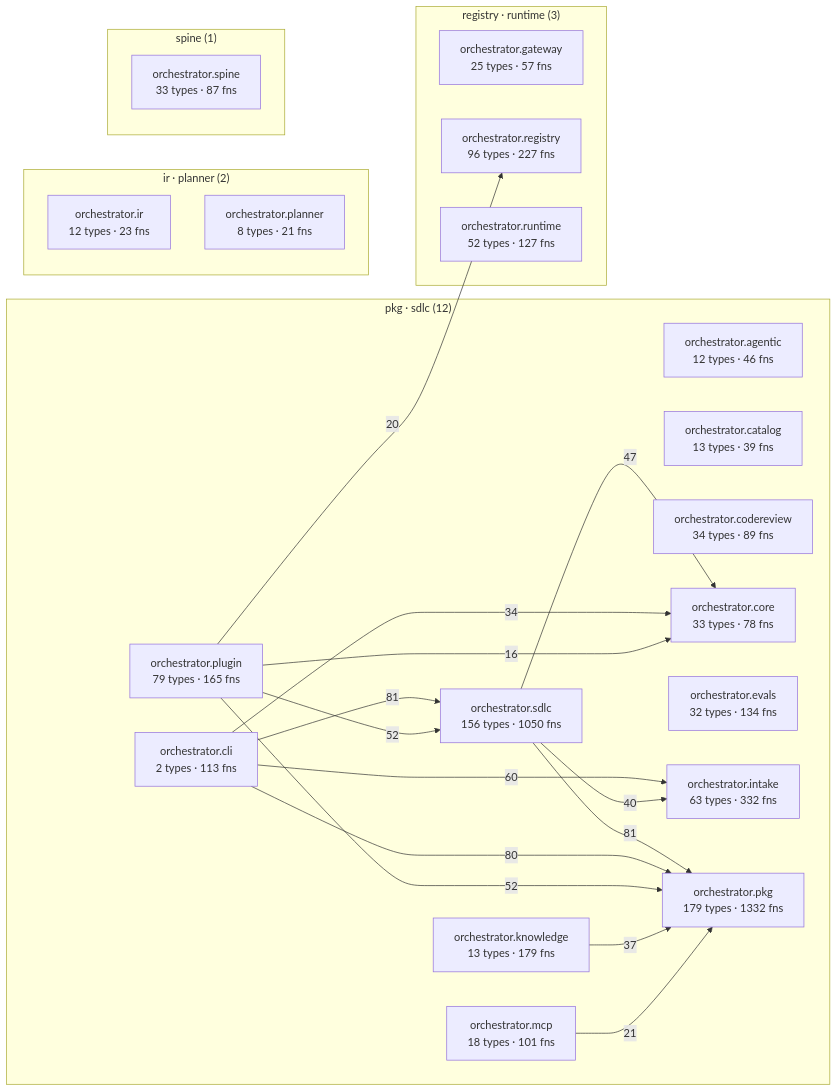
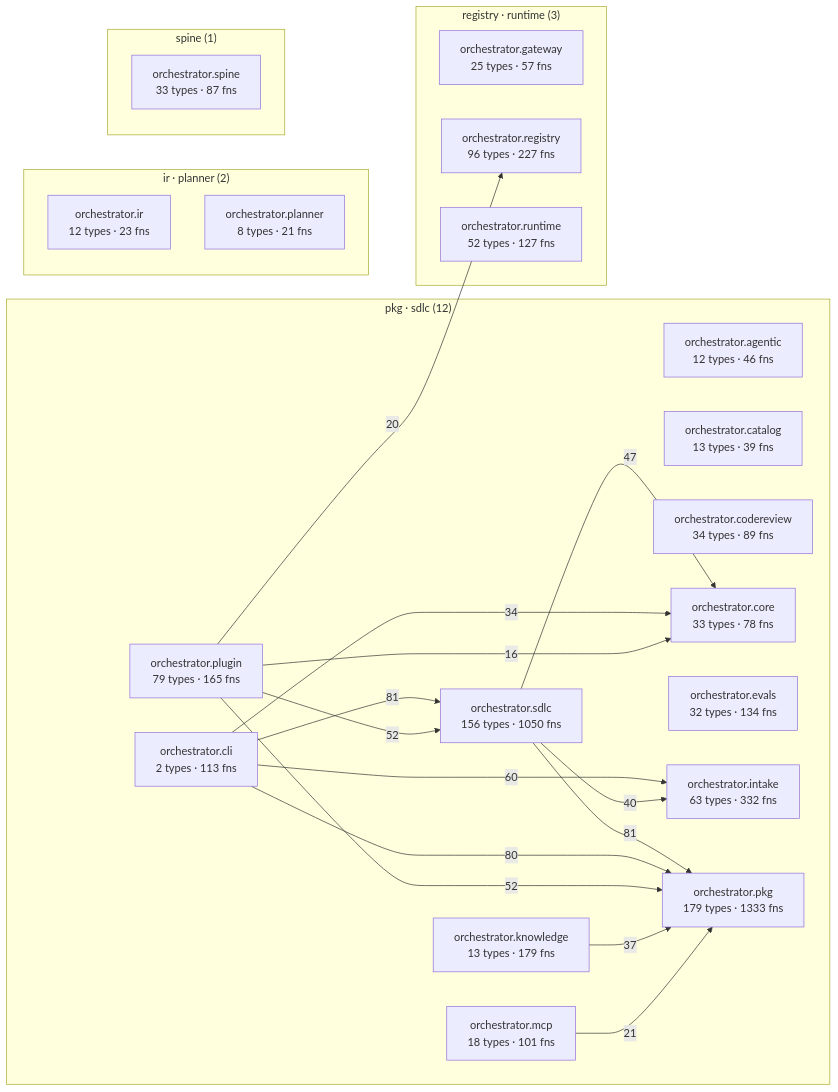
Before and after one commit to synaptixs/spine: the diagram in episteme/architecture.md, drawn with Mermaid. The commit also changed other lines of this file and 15 other files, not shown here.

````diff
--- a/episteme/architecture.md
+++ b/episteme/architecture.md
@@ -56,42 +56,42 @@
 ```mermaid
 flowchart LR
   subgraph c_2["pkg · sdlc (12)"]
     aorchestratoragentic["orchestrator.agentic<br/>12 types · 46 fns"]
     aorchestratorcatalog["orchestrator.catalog<br/>13 types · 39 fns"]
     aorchestratorcli["orchestrator.cli<br/>2 types · 113 fns"]
     aorchestratorcodereview["orchestrator.codereview<br/>34 types · 89 fns"]
     aorchestratorcore["orchestrator.core<br/>33 types · 78 fns"]
     aorchestratorevals["orchestrator.evals<br/>32 types · 134 fns"]
     aorchestratorintake["orchestrator.intake<br/>63 types · 332 fns"]
     aorchestratorknowledge["orchestrator.knowledge<br/>13 types · 179 fns"]
     aorchestratormcp["orchestrator.mcp<br/>18 types · 101 fns"]
-    aorchestratorpkg["orchestrator.pkg<br/>179 types · 1332 fns"]
+    aorchestratorpkg["orchestrator.pkg<br/>179 types · 1333 fns"]
     aorchestratorplugin["orchestrator.plugin<br/>79 types · 165 fns"]
     aorchestratorsdlc["orchestrator.sdlc<br/>156 types · 1050 fns"]
   end
   subgraph c_5["registry · runtime (3)"]
     aorchestratorgateway["orchestrator.gateway<br/>25 types · 57 fns"]
     aorchestratorregistry["orchestrator.registry<br/>96 types · 227 fns"]
     aorchestratorruntime["orchestrator.runtime<br/>52 types · 127 fns"]
   end
   subgraph c_7["ir · planner (2)"]
     aorchestratorir["orchestrator.ir<br/>12 types · 23 fns"]
     aorchestratorplanner["orchestrator.planner<br/>8 types · 21 fns"]
   end
   subgraph c_12["spine (1)"]
     aorchestratorspine["orchestrator.spine<br/>33 types · 87 fns"]
   end
   aorchestratorcli -->|81| aorchestratorsdlc
   aorchestratorsdlc -->|81| aorchestratorpkg
   aorchestratorcli -->|80| aorchestratorpkg
   aorchestratorcli -->|60| aorchestratorintake
   aorchestratorplugin -->|52| aorchestratorpkg
   aorchestratorplugin -->|52| aorchestratorsdlc
   aorchestratorsdlc -->|47| aorchestratorcore
   aorchestratorsdlc -->|40| aorchestratorintake
   aorchestratorknowledge -->|37| aorchestratorpkg
   aorchestratorcli -->|34| aorchestratorcore
   aorchestratormcp -->|21| aorchestratorpkg
   aorchestratorplugin -->|20| aorchestratorregistry
   aorchestratorplugin -->|16| aorchestratorcore
 ```
````
